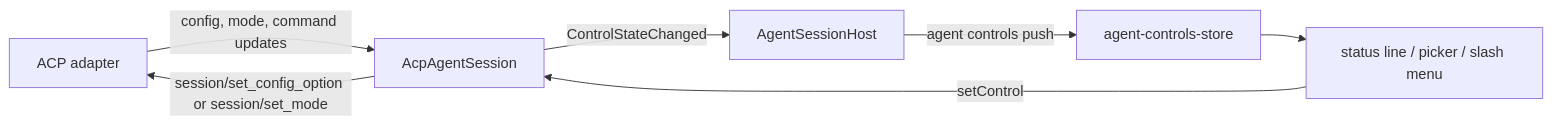
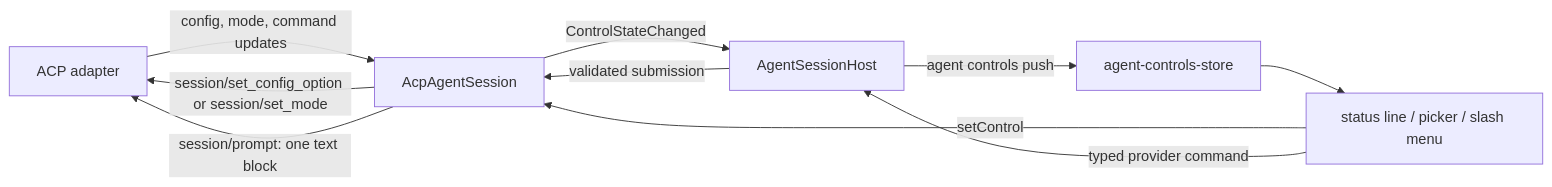
Before and after one commit to Kapps/weavie: the diagram in docs/specs/native-acp-composer-controls.md, drawn with Mermaid. The commit also changed other lines of this file and 38 other files, not shown here.

Commit message:
Fix ACP slash command dispatch

````diff
--- a/docs/specs/native-acp-composer-controls.md
+++ b/docs/specs/native-acp-composer-controls.md
@@ -38,9 +38,13 @@
 ```mermaid
 flowchart LR
   ACP[ACP adapter] -->|config, mode, command updates| Client[AcpAgentSession]
   Client -->|ControlStateChanged| Host[AgentSessionHost]
   Host -->|agent controls push| Store[agent-controls-store]
   Store --> UI[status line / picker / slash menu]
   UI -->|setControl| Client
   Client -->|session/set_config_option or session/set_mode| ACP
+
+  UI -->|typed provider command| Host
+  Host -->|validated submission| Client
+  Client -->|session/prompt: one text block| ACP
 ```
````
